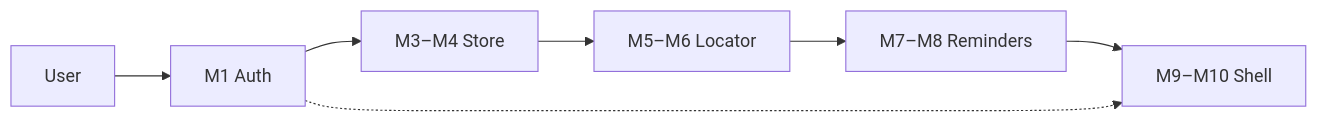
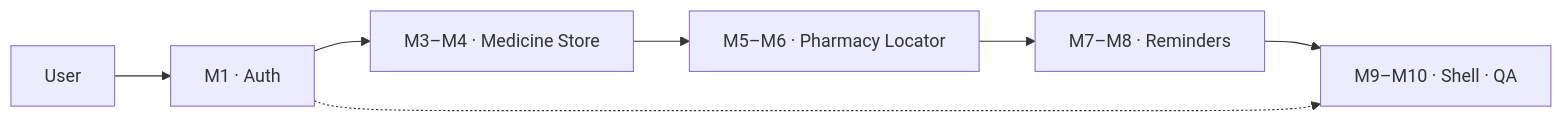
The first of 5 diagrams in README.md (ratnsharma21/MediFinder), drawn with Mermaid before and after one commit. The commit also changed other lines of this file, not shown here.

````diff
--- a/README.md
+++ b/README.md
@@ -151,9 +181,9 @@
 ```mermaid
 flowchart LR
-  A[User] --> B[M1 Auth]
-  B --> C[M3–M4 Store]
-  C --> D[M5–M6 Locator]
-  D --> E[M7–M8 Reminders]
-  E --> F[M9–M10 Shell]
+  A[User] --> B[M1 · Auth]
+  B --> C[M3–M4 · Medicine Store]
+  C --> D[M5–M6 · Pharmacy Locator]
+  D --> E[M7–M8 · Reminders]
+  E --> F[M9–M10 · Shell · QA]
   B -.-> F
 ```
````
